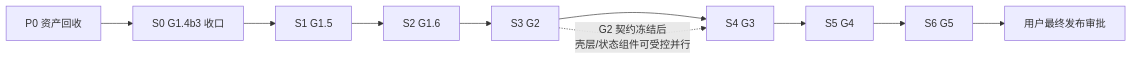
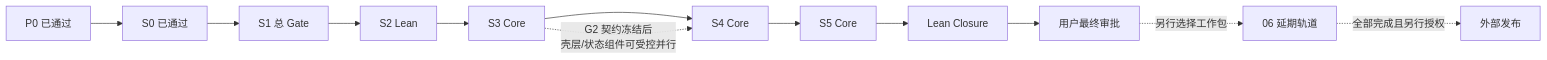
Before and after one commit to MJ-CJM/tianshu: the diagram in docs/cc-fable-v1/01-master-plan.md, drawn with Mermaid. The commit also changed other lines of this file and 5 other files, not shown here.

Commit message:
docs: define lean preview and deferred roadmap

````diff
--- a/docs/cc-fable-v1/01-master-plan.md
+++ b/docs/cc-fable-v1/01-master-plan.md
@@ -22,8 +25,10 @@
 ```mermaid
 flowchart LR
-    P0["P0 资产回收"] --> S0["S0 G1.4b3 收口"]
-    S0 --> S1["S1 G1.5"] --> S2["S2 G1.6"] --> S3["S3 G2"]
-    S3 --> S4["S4 G3"] --> S5["S5 G4"] --> S6["S6 G5"]
-    S6 --> U["用户最终发布审批"]
+    P0["P0 已通过"] --> S0["S0 已通过"]
+    S0 --> S1["S1 总 Gate"] --> S2["S2 Lean"] --> S3["S3 Core"]
+    S3 --> S4["S4 Core"] --> S5["S5 Core"] --> LC["Lean Closure"]
+    LC --> U["用户最终审批"]
+    U -. "另行选择工作包" .-> D["06 延期轨道"]
+    D -. "全部完成且另行授权" .-> PUB["外部发布"]
     S3 -. "G2 契约冻结后<br/>壳层/状态组件可受控并行" .-> S4
 ```
````
